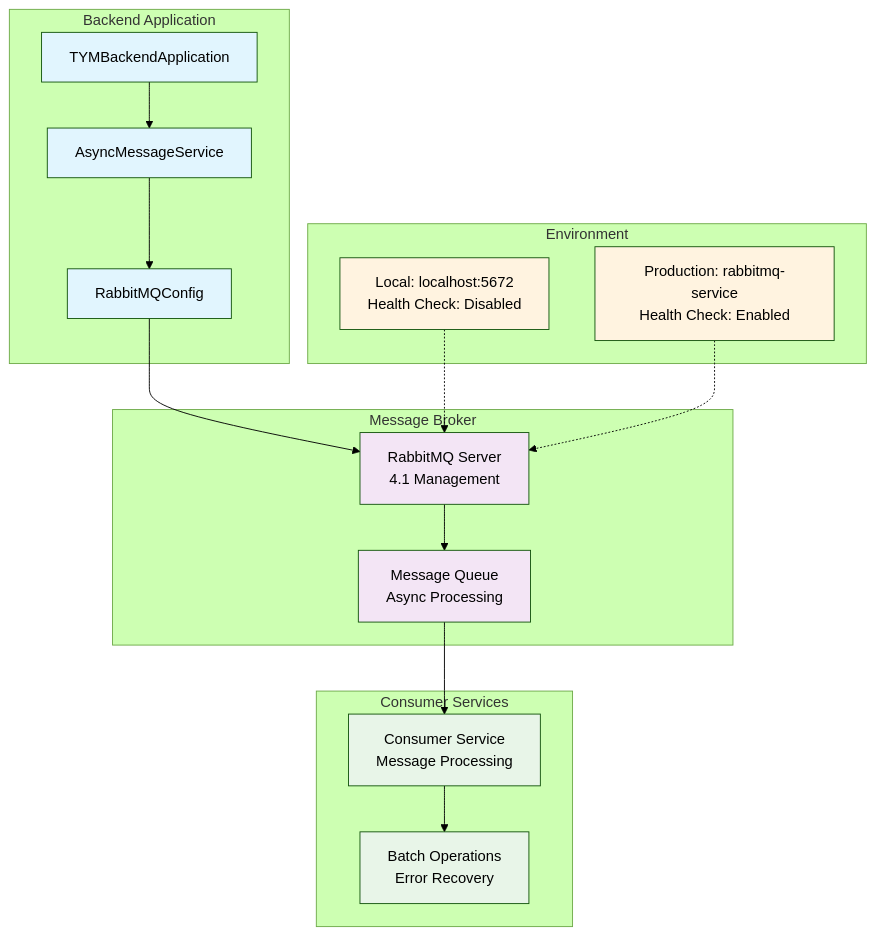
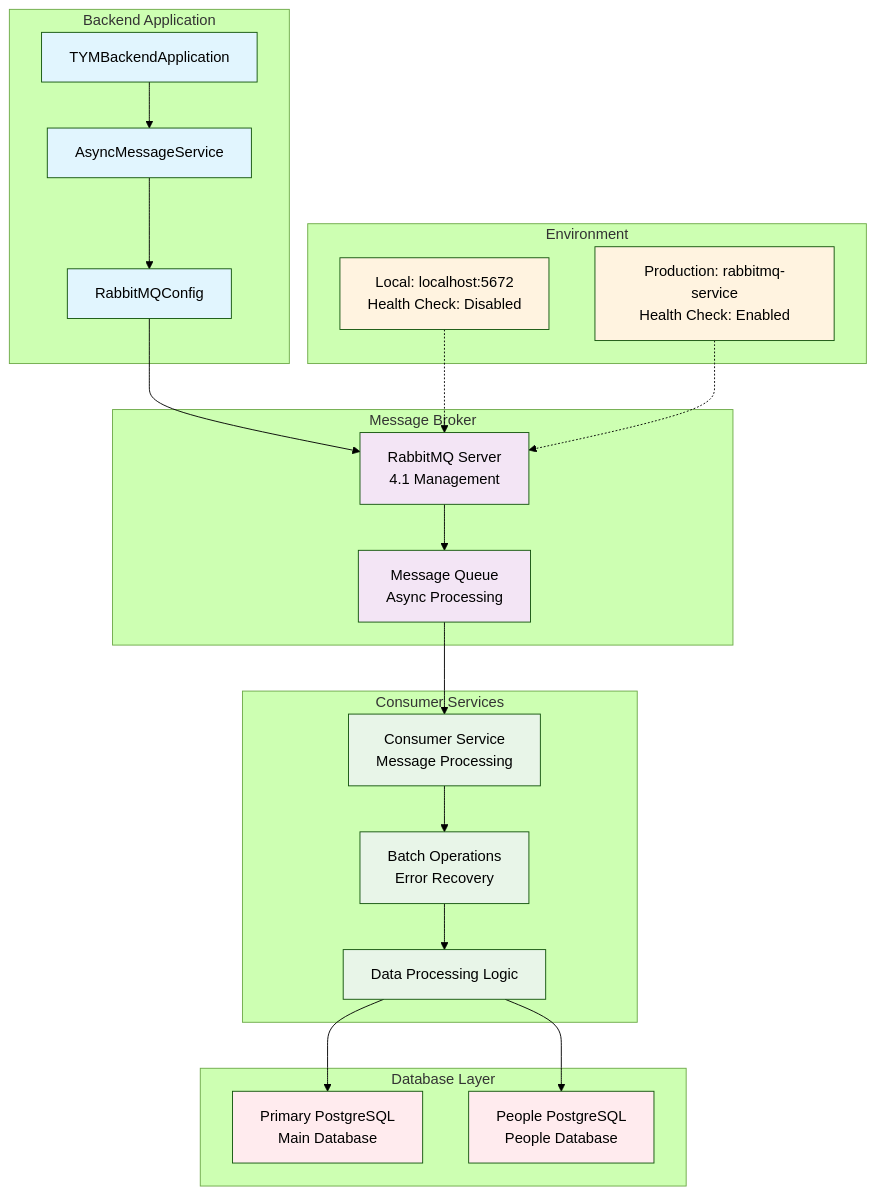
Before and after one commit to Vinskao/ty-multiverse-backend: diagram 11 of 11 in README.md, drawn with Mermaid (forest theme).

Commit message:
info: add mq graph

````diff
--- a/README.md
+++ b/README.md
@@ -486,46 +486,57 @@
 ```mermaid
 graph TB
     subgraph "Backend Application"
         A[TYMBackendApplication]
         B[AsyncMessageService]
         C[RabbitMQConfig]
     end
     
     subgraph "Message Broker"
         D[RabbitMQ Server<br/>4.1 Management]
         E[Message Queue<br/>Async Processing]
     end
     
     subgraph "Consumer Services"
         F[Consumer Service<br/>Message Processing]
         G[Batch Operations<br/>Error Recovery]
+        H[Data Processing Logic]
+    end
+    
+    subgraph "Database Layer"
+        I[Primary PostgreSQL<br/>Main Database]
+        J[People PostgreSQL<br/>People Database]
     end
     
     subgraph "Environment"
-        H[Local: localhost:5672<br/>Health Check: Disabled]
-        I[Production: rabbitmq-service<br/>Health Check: Enabled]
+        K[Local: localhost:5672<br/>Health Check: Disabled]
+        L[Production: rabbitmq-service<br/>Health Check: Enabled]
     end
     
     %% Data Flow
     A --> B
     B --> C
     C --> D
     D --> E
     E --> F
     F --> G
+    G --> H
+    H --> I
+    H --> J
     
     %% Environment Configuration
-    H -.-> D
-    I -.-> D
+    K -.-> D
+    L -.-> D
     
     %% Styling
     classDef backend fill:#e1f5fe
     classDef mq fill:#f3e5f5
     classDef consumer fill:#e8f5e8
+    classDef database fill:#ffebee
     classDef env fill:#fff3e0
     
     class A,B,C backend
     class D,E mq
-    class F,G consumer
-    class H,I env
+    class F,G,H consumer
+    class I,J database
+    class K,L env
 ```
````
